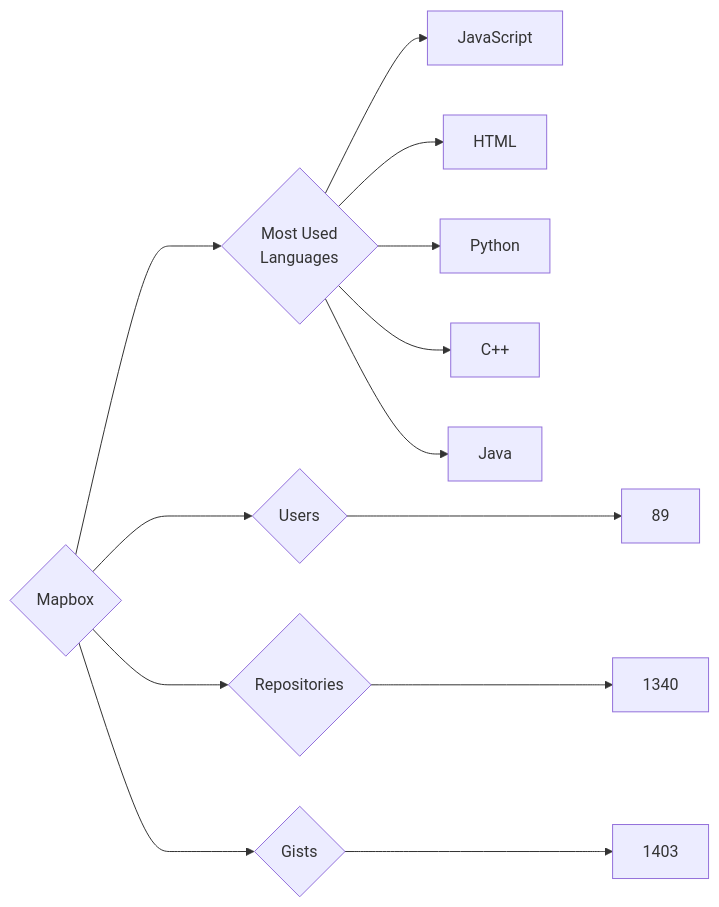
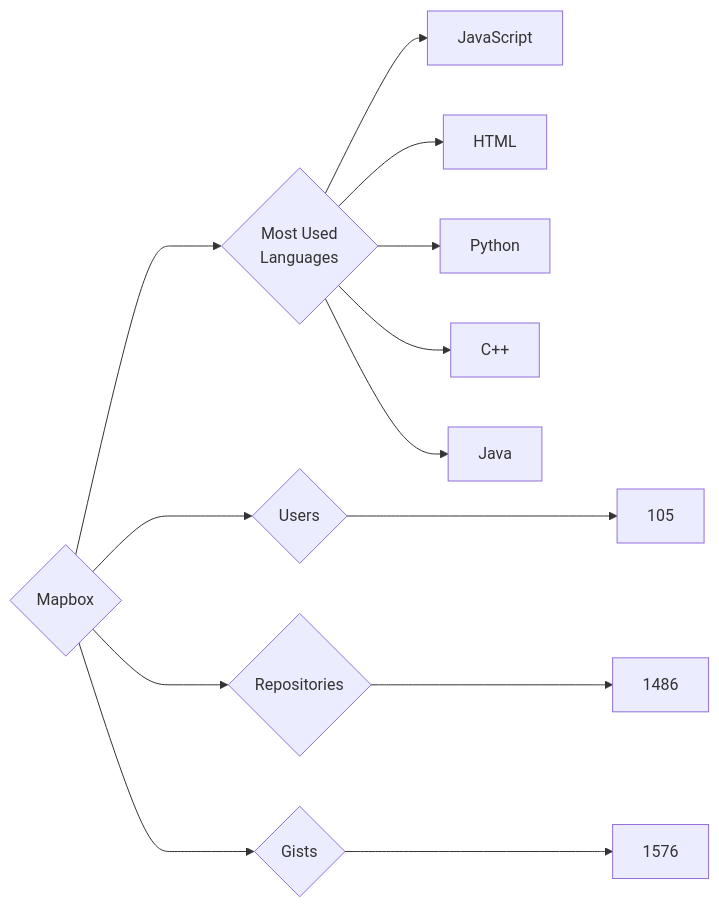
Before and after one commit to trickest/insiders: the diagram in targets/Mapbox/README.md, drawn with Mermaid. The commit also changed 860 other files, not shown here.

````diff
--- a/targets/Mapbox/README.md
+++ b/targets/Mapbox/README.md
@@ -3,13 +3,13 @@
 ```mermaid
 graph LR
 COMPANY_NAME{Mapbox}
-COMPANY_NAME ---> U{Users} ---> UN[89]
-COMPANY_NAME ---> R{Repositories} ---> RN[1340]
-COMPANY_NAME ---> G{Gists} ---> GN[1403]
+COMPANY_NAME ---> U{Users} ---> UN[105]
+COMPANY_NAME ---> R{Repositories} ---> RN[1486]
+COMPANY_NAME ---> G{Gists} ---> GN[1576]
 COMPANY_NAME ---> ML{Most Used<br>Languages}
 ML --> JavaScript[JavaScript]
 ML --> HTML[HTML]
 ML --> Python[Python]
 ML --> C++[C++]
 ML --> Java[Java]
 ```
````
